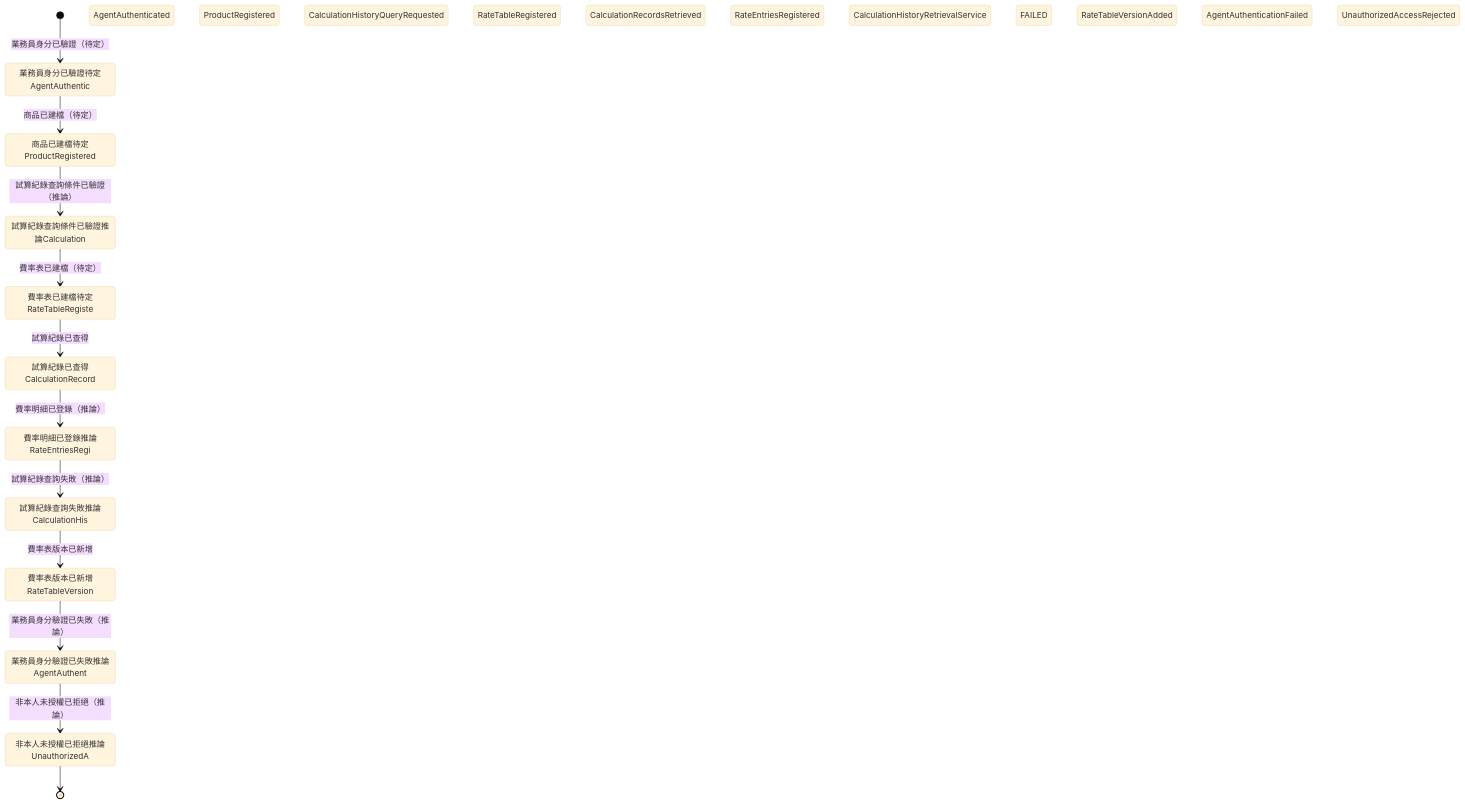
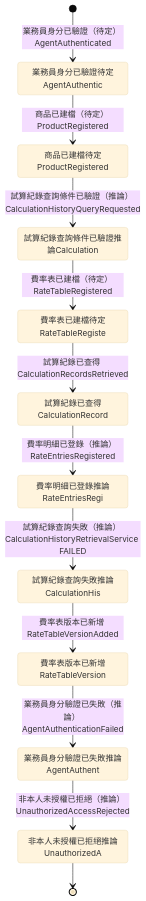
One commit to ChunPingWang/agentic-platform-result-0922 changed diagram 11 of 12 in README.md. Above: the diagram before and after it, drawn with Mermaid (base theme). The commit also changed other lines of this file, not shown here.

Commit message:
docs(readme): 修正多行名稱破壞 mermaid/表格渲染;移除 ER 雜訊實體

````diff
--- a/README.md
+++ b/README.md
@@ -400,25 +250,14 @@
 ```mermaid
 stateDiagram-v2
-    [*] --> 業務員身分已驗證待定AgentAuthentic : 業務員身分已驗證（待定）
-AgentAuthenticated
-    業務員身分已驗證待定AgentAuthentic --> 商品已建檔待定ProductRegistered : 商品已建檔（待定）
-ProductRegistered
-    商品已建檔待定ProductRegistered --> 試算紀錄查詢條件已驗證推論Calculation : 試算紀錄查詢條件已驗證（推論）
-CalculationHistoryQueryRequested
-    試算紀錄查詢條件已驗證推論Calculation --> 費率表已建檔待定RateTableRegiste : 費率表已建檔（待定）
-RateTableRegistered
-    費率表已建檔待定RateTableRegiste --> 試算紀錄已查得CalculationRecord : 試算紀錄已查得
-CalculationRecordsRetrieved
-    試算紀錄已查得CalculationRecord --> 費率明細已登錄推論RateEntriesRegi : 費率明細已登錄（推論）
-RateEntriesRegistered
-    費率明細已登錄推論RateEntriesRegi --> 試算紀錄查詢失敗推論CalculationHis : 試算紀錄查詢失敗（推論）
-CalculationHistoryRetrievalService
-FAILED
-    試算紀錄查詢失敗推論CalculationHis --> 費率表版本已新增RateTableVersion : 費率表版本已新增
-RateTableVersionAdded
-    費率表版本已新增RateTableVersion --> 業務員身分驗證已失敗推論AgentAuthent : 業務員身分驗證已失敗（推論）
-AgentAuthenticationFailed
-    業務員身分驗證已失敗推論AgentAuthent --> 非本人未授權已拒絕推論UnauthorizedA : 非本人未授權已拒絕（推論）
-UnauthorizedAccessRejected
+    [*] --> 業務員身分已驗證待定AgentAuthentic : 業務員身分已驗證（待定） AgentAuthenticated
+    業務員身分已驗證待定AgentAuthentic --> 商品已建檔待定ProductRegistered : 商品已建檔（待定） ProductRegistered
+    商品已建檔待定ProductRegistered --> 試算紀錄查詢條件已驗證推論Calculation : 試算紀錄查詢條件已驗證（推論） CalculationHistoryQueryRequested
+    試算紀錄查詢條件已驗證推論Calculation --> 費率表已建檔待定RateTableRegiste : 費率表已建檔（待定） RateTableRegistered
+    費率表已建檔待定RateTableRegiste --> 試算紀錄已查得CalculationRecord : 試算紀錄已查得 CalculationRecordsRetrieved
+    試算紀錄已查得CalculationRecord --> 費率明細已登錄推論RateEntriesRegi : 費率明細已登錄（推論） RateEntriesRegistered
+    費率明細已登錄推論RateEntriesRegi --> 試算紀錄查詢失敗推論CalculationHis : 試算紀錄查詢失敗（推論） CalculationHistoryRetrievalService FAILED
+    試算紀錄查詢失敗推論CalculationHis --> 費率表版本已新增RateTableVersion : 費率表版本已新增 RateTableVersionAdded
+    費率表版本已新增RateTableVersion --> 業務員身分驗證已失敗推論AgentAuthent : 業務員身分驗證已失敗（推論） AgentAuthenticationFailed
+    業務員身分驗證已失敗推論AgentAuthent --> 非本人未授權已拒絕推論UnauthorizedA : 非本人未授權已拒絕（推論） UnauthorizedAccessRejected
     非本人未授權已拒絕推論UnauthorizedA --> [*]
 ```
````
